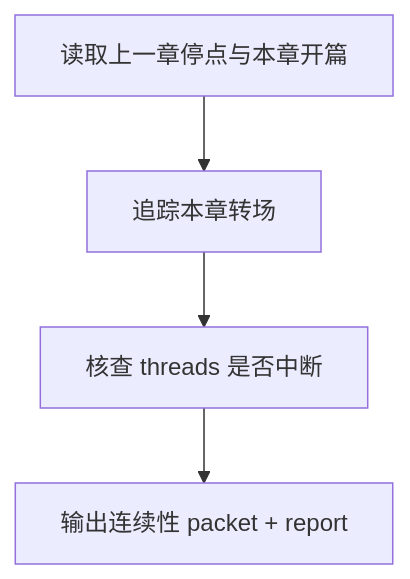
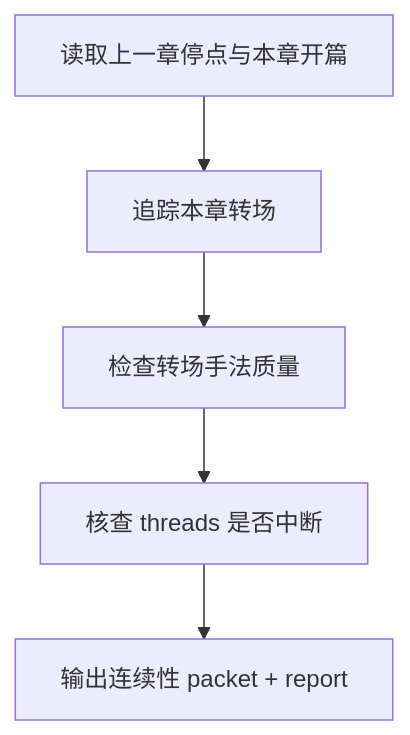
The diagram in .agents/skills/story/review/连续性/SKILL.md (ZEN-VOID/AI-CUT), drawn with Mermaid before and after one commit. The commit also changed other lines of this file and 1070 other files, not shown here.

````diff
--- a/.agents/skills/story/review/连续性/SKILL.md
+++ b/.agents/skills/story/review/连续性/SKILL.md
@@ -85,6 +86,7 @@
 ```mermaid
 flowchart TD
     A["读取上一章停点与本章开篇"] --> B["追踪本章转场"]
-    B --> C["核查 threads 是否中断"]
-    C --> D["输出连续性 packet + report"]
+    B --> C["检查转场手法质量"]
+    C --> D["核查 threads 是否中断"]
+    D --> E["输出连续性 packet + report"]
 ```
````
